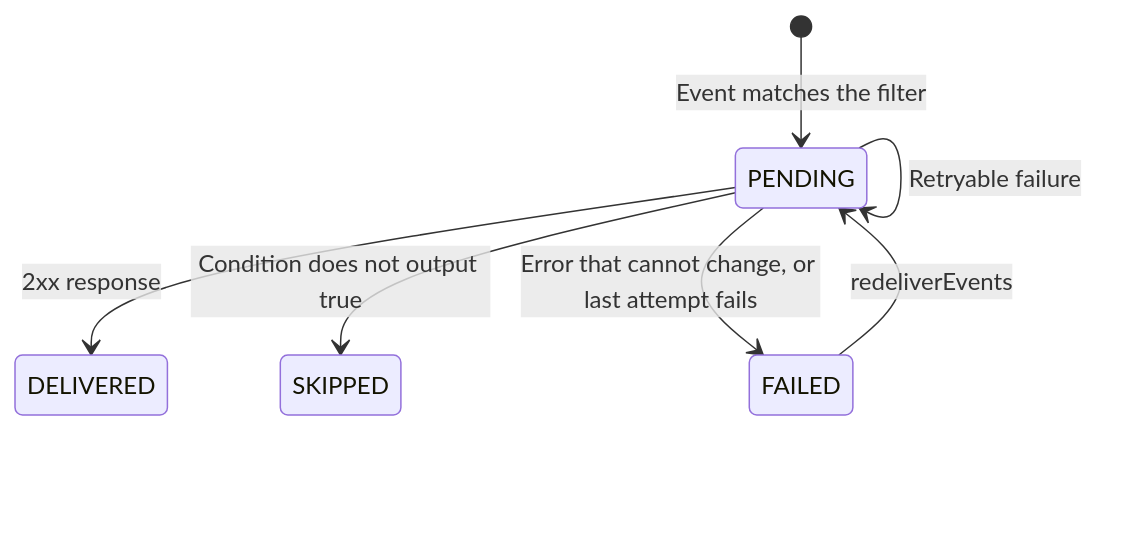
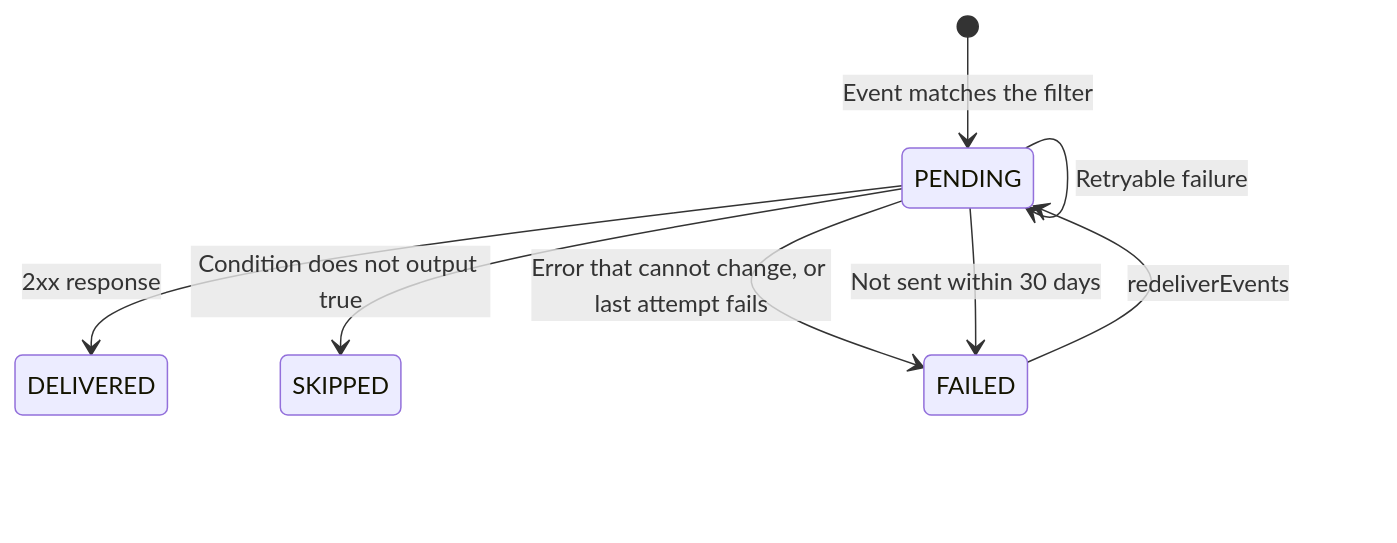
One commit to massdriver-cloud/docs changed the second of 2 diagrams in docs/platform-operations/03-event-destinations.md. Above: the diagram before and after it, drawn with Mermaid. The commit also changed other lines of this file, not shown here.

````diff
--- a/docs/platform-operations/03-event-destinations.md
+++ b/docs/platform-operations/03-event-destinations.md
@@ -208,13 +229,14 @@
 ```mermaid
 stateDiagram-v2
     state "PENDING" as pending
     state "DELIVERED" as delivered
     state "SKIPPED" as skipped
     state "FAILED" as failed
     [*] --> pending: Event matches the filter
     pending --> pending: Retryable failure
     pending --> delivered: 2xx response
     pending --> skipped: Condition does not output true
     pending --> failed: Error that cannot change, or last attempt fails
+    pending --> failed: Not sent within 30 days
     failed --> pending: redeliverEvents
 ```
````
